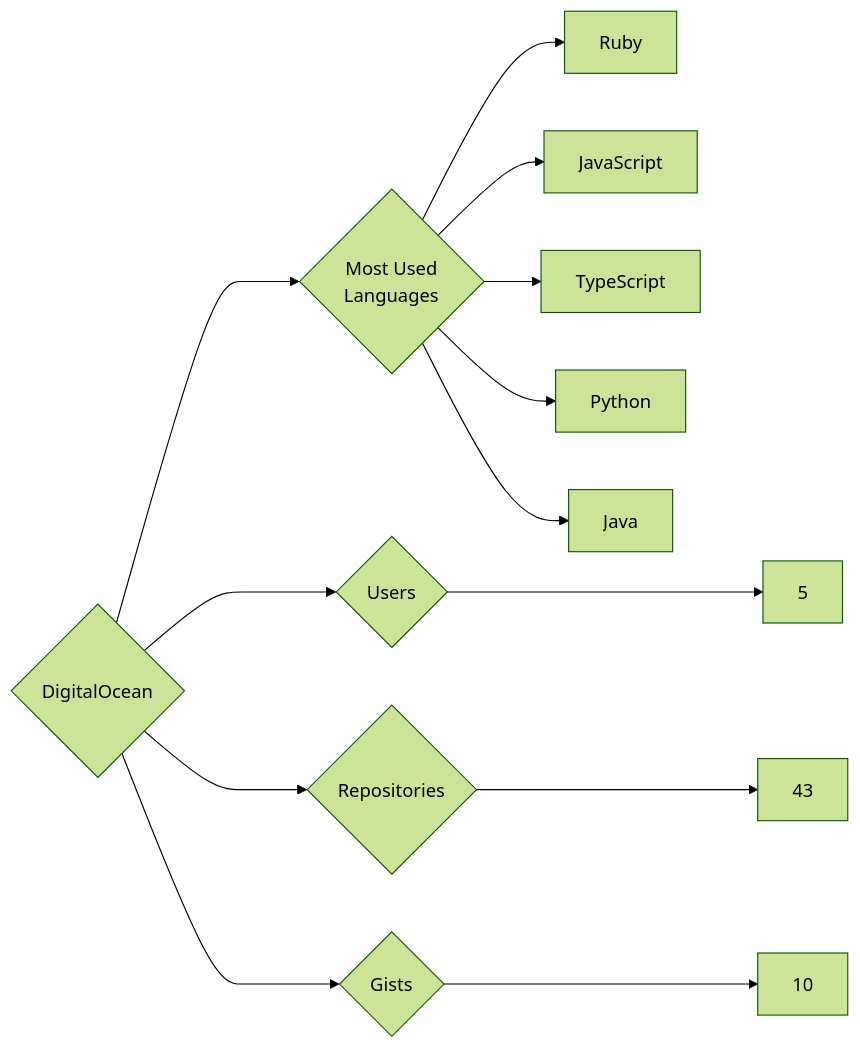
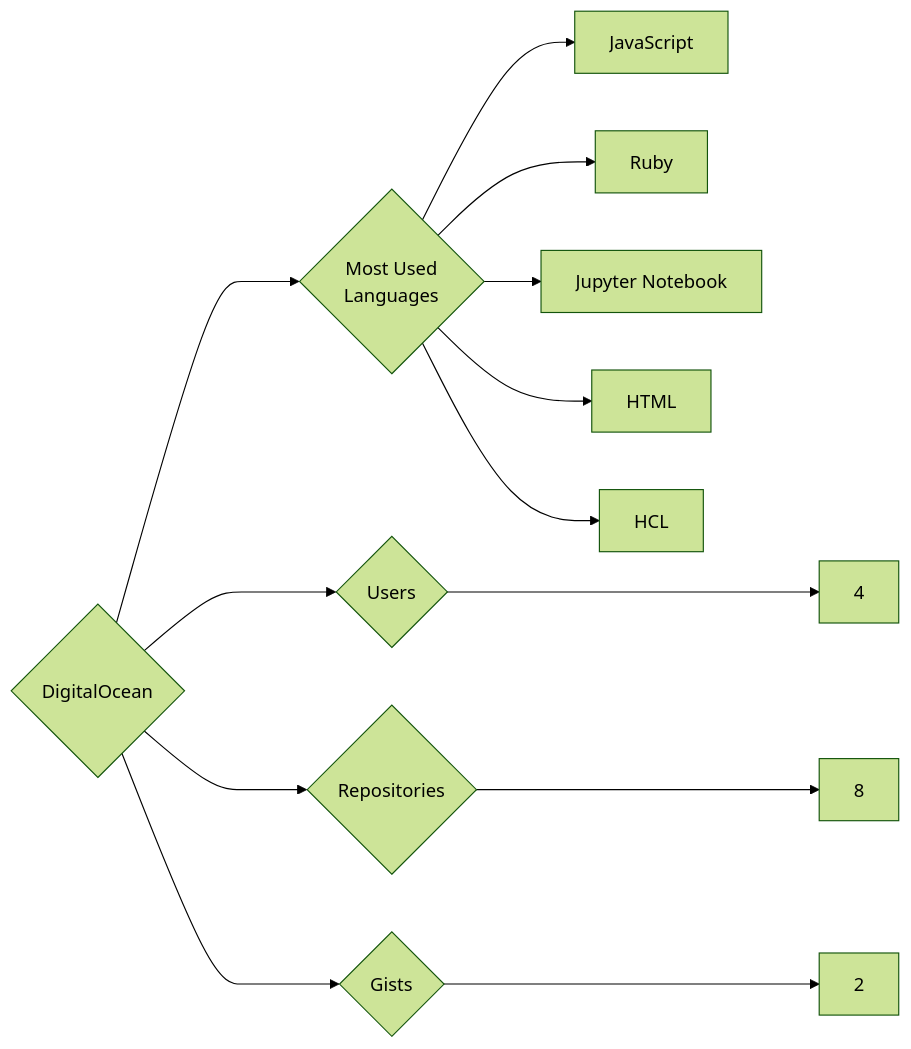
Before and after one commit to trickest/insiders: the diagram in targets/DigitalOcean/README.md, drawn with Mermaid (forest theme). The commit also changed 776 other files, not shown here.

````diff
--- a/targets/DigitalOcean/README.md
+++ b/targets/DigitalOcean/README.md
@@ -3,13 +3,13 @@
 ```mermaid
 graph LR
 COMPANY_NAME{DigitalOcean}
-COMPANY_NAME ---> U{Users} ---> UN[5]
-COMPANY_NAME ---> R{Repositories} ---> RN[43]
-COMPANY_NAME ---> G{Gists} ---> GN[10]
+COMPANY_NAME ---> U{Users} ---> UN[4]
+COMPANY_NAME ---> R{Repositories} ---> RN[8]
+COMPANY_NAME ---> G{Gists} ---> GN[2]
 COMPANY_NAME ---> ML{Most Used<br>Languages}
+ML --> JavaScript[JavaScript]
 ML --> Ruby[Ruby]
-ML --> JavaScript[JavaScript]
-ML --> TypeScript[TypeScript]
-ML --> Python[Python]
-ML --> Java[Java]
+ML --> Jupyter_Notebook[Jupyter Notebook]
+ML --> HTML[HTML]
+ML --> HCL[HCL]
 ```
````
